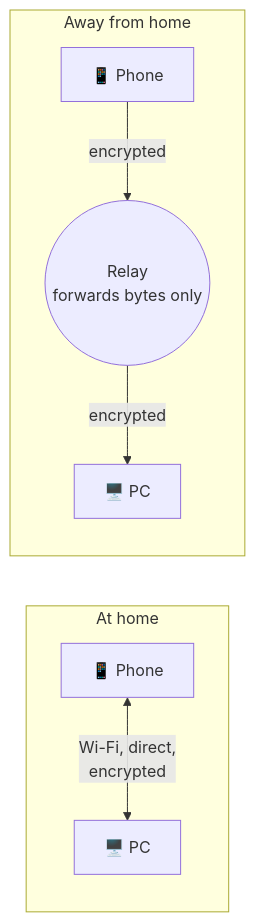
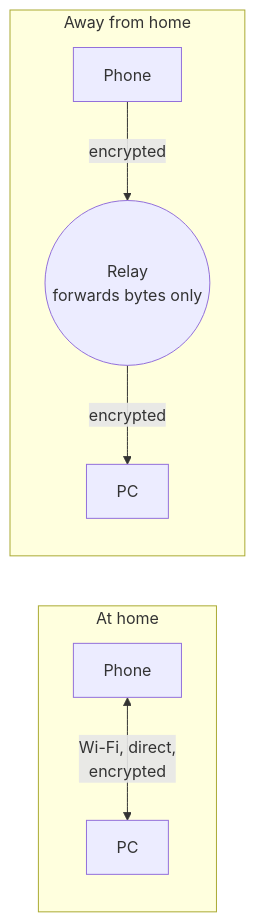
Before and after one commit to mhamdy2712/Tandem: the diagram in README.md, drawn with Mermaid. The commit also changed other lines of this file and 13 other files, not shown here.

````diff
--- a/README.md
+++ b/README.md
@@ -79,10 +115,10 @@
 ```mermaid
 flowchart LR
     subgraph Home["At home"]
-        P1["📱 Phone"] <-- "Wi-Fi, direct,<br/>encrypted" --> C1["🖥️ PC"]
+        P1["Phone"] <-- "Wi-Fi, direct,<br/>encrypted" --> C1["PC"]
     end
     subgraph Away["Away from home"]
-        P2["📱 Phone"] -- "encrypted" --> R(("Relay<br/>forwards bytes only"))
-        R -- "encrypted" --> C2["🖥️ PC"]
+        P2["Phone"] -- "encrypted" --> R(("Relay<br/>forwards bytes only"))
+        R -- "encrypted" --> C2["PC"]
     end
 ```
````
